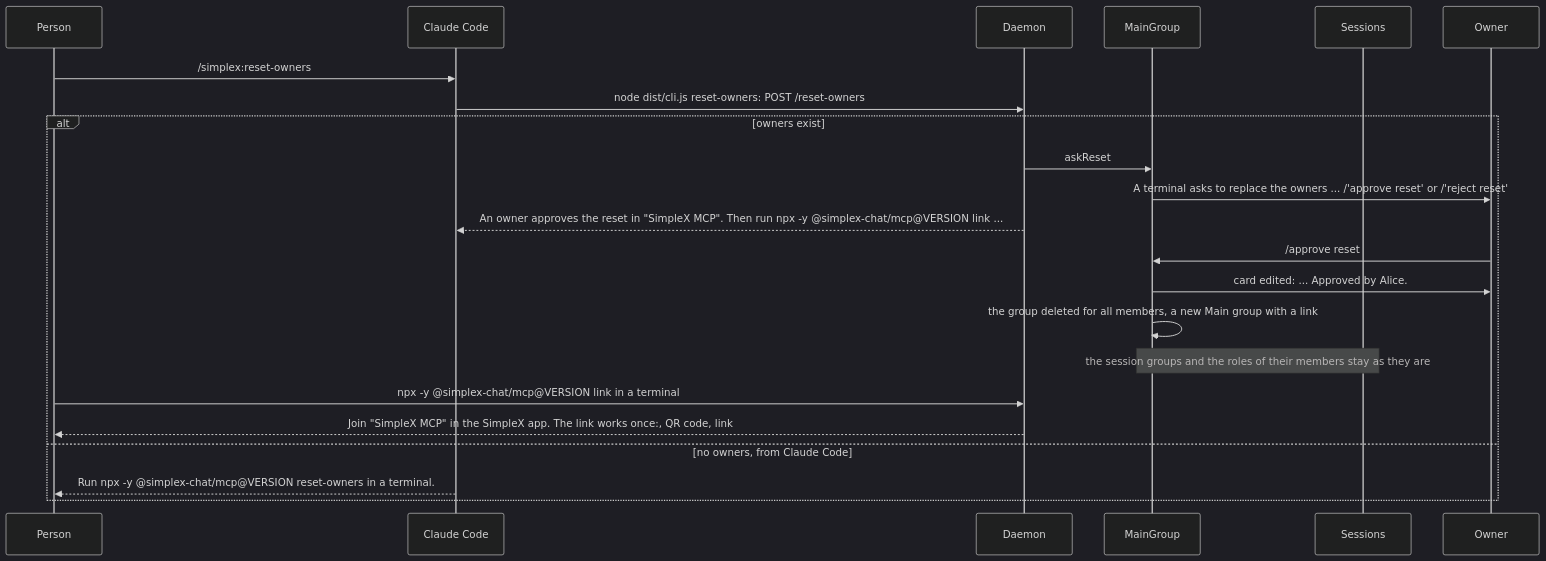
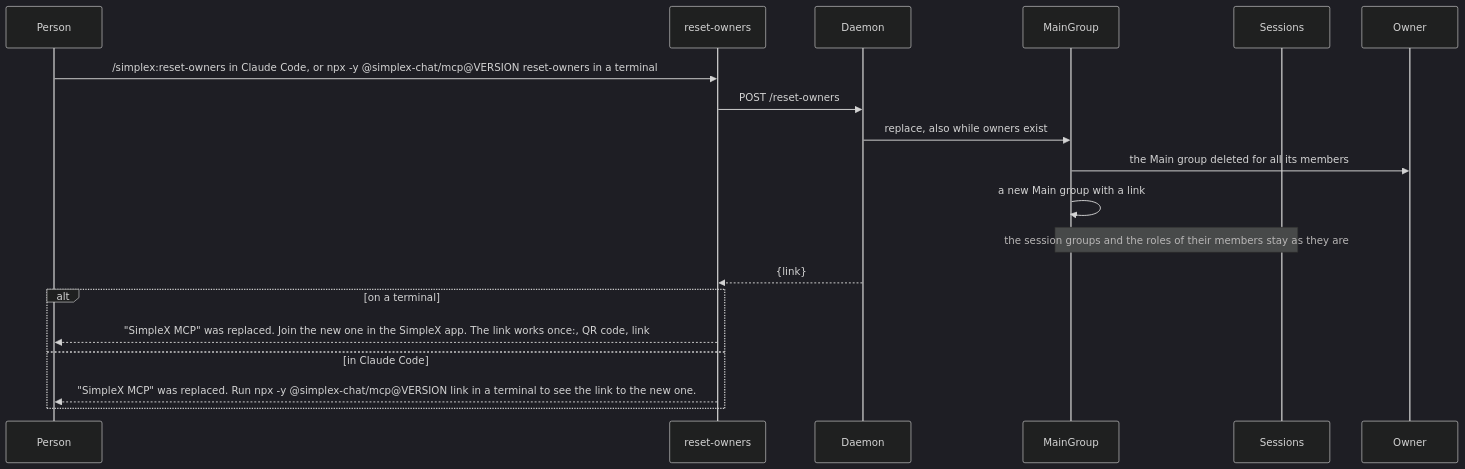
Diagram 25 of 30 in packages/simplex-chat-mcp/spec/flows.md (simplex-chat/simplex-chat), drawn with Mermaid (dark theme) before and after one commit. The commit also changed other lines of this file and 14 other files, not shown here.

Commit message:
mcp: reset-owners replaces the Main group at once, without an approval

````diff
--- a/packages/simplex-chat-mcp/spec/flows.md
+++ b/packages/simplex-chat-mcp/spec/flows.md
@@ -1095,24 +1095,21 @@
 ```mermaid
 sequenceDiagram
   participant P as Person
-  participant CC as Claude Code
+  participant R as reset-owners
   participant D as Daemon
   participant M as MainGroup
   participant N as Sessions
   participant O as Owner
-  P->>CC: /simplex:reset-owners
-  CC->>D: node dist/cli.js reset-owners: POST /reset-owners
-  alt owners exist
-    D->>M: askReset
-    M->>O: A terminal asks to replace the owners ... /'approve reset' or /'reject reset'
-    D-->>CC: An owner approves the reset in "SimpleX MCP". Then run npx -y @simplex-chat/mcp@VERSION link ...
-    O->>M: /approve reset
-    M->>O: card edited: ... Approved by Alice.
-    M->>M: the group deleted for all members, a new Main group with a link
-    Note over M,N: the session groups and the roles of their members stay as they are
-    P->>D: npx -y @simplex-chat/mcp@VERSION link in a terminal
-    D-->>P: Join "SimpleX MCP" in the SimpleX app. The link works once:, QR code, link
-  else no owners, from Claude Code
-    CC-->>P: Run npx -y @simplex-chat/mcp@VERSION reset-owners in a terminal.
+  P->>R: /simplex:reset-owners in Claude Code, or npx -y @simplex-chat/mcp@VERSION reset-owners in a terminal
+  R->>D: POST /reset-owners
+  D->>M: replace, also while owners exist
+  M->>O: the Main group deleted for all its members
+  M->>M: a new Main group with a link
+  Note over M,N: the session groups and the roles of their members stay as they are
+  D-->>R: {link}
+  alt on a terminal
+    R-->>P: "SimpleX MCP" was replaced. Join the new one in the SimpleX app. The link works once:, QR code, link
+  else in Claude Code
+    R-->>P: "SimpleX MCP" was replaced. Run npx -y @simplex-chat/mcp@VERSION link in a terminal to see the link to the new one.
   end
 ```
````
